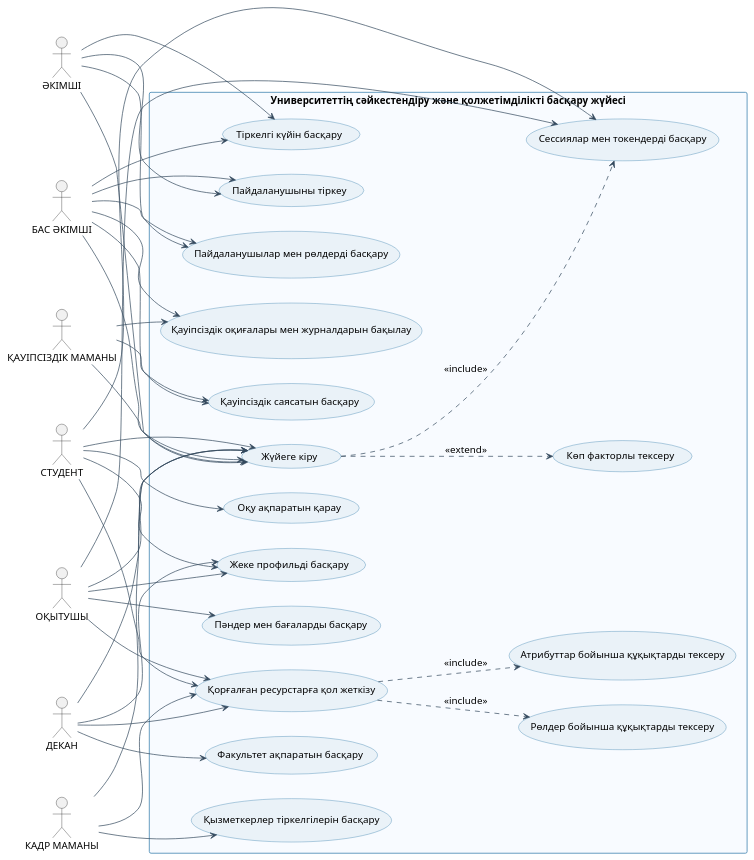
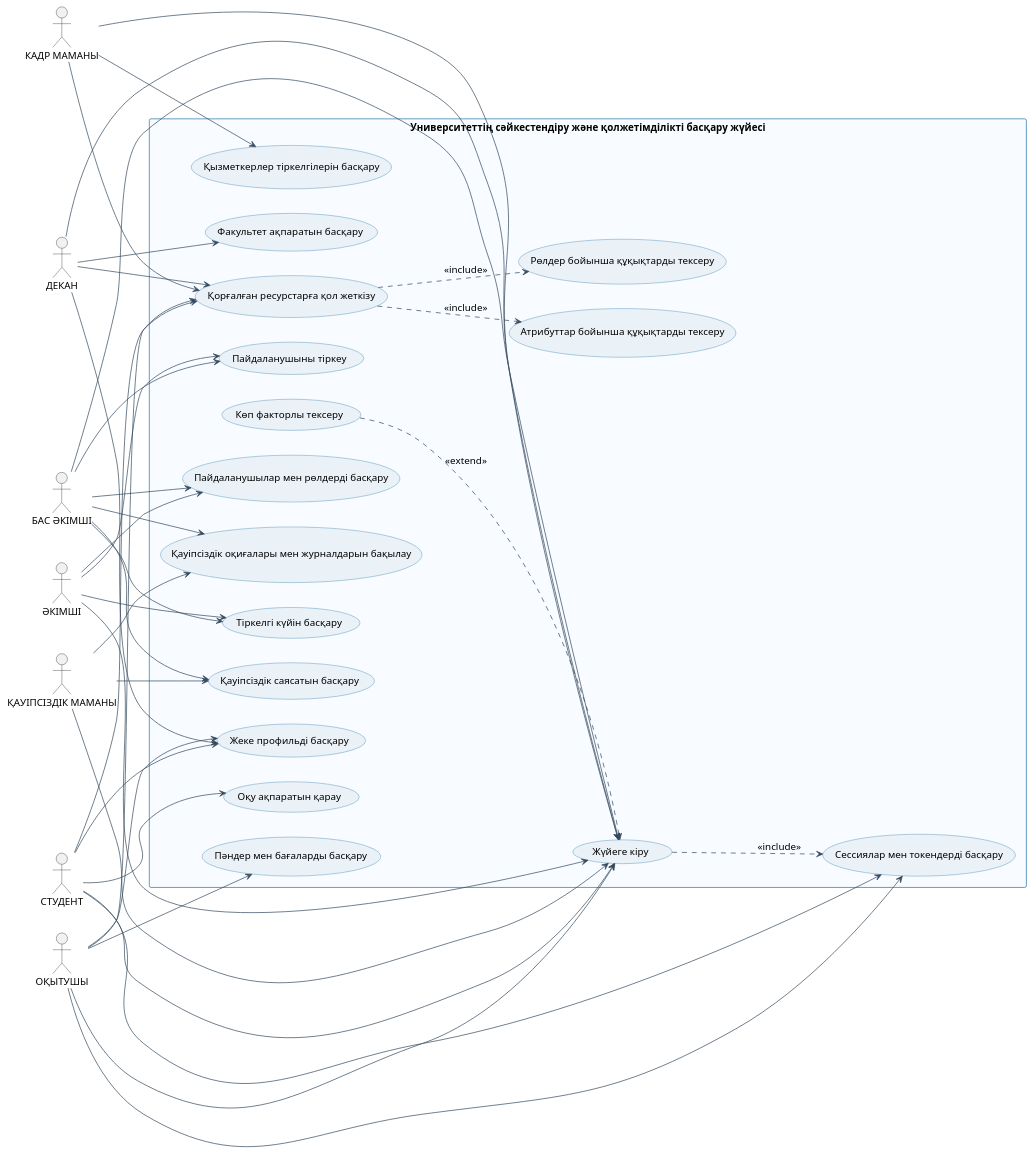
Before and after one commit to ajymaskar082/University-IAM-Platform: the diagram in docs/diagrams/use-case.puml, drawn with PlantUML.

Commit message:
Correct MFA extend relationship in use case diagram

```diff
--- a/docs/diagrams/use-case.puml
+++ b/docs/diagrams/use-case.puml
@@ -1,95 +1,95 @@
 @startuml
 left to right direction
 
 skinparam packageStyle rectangle
 skinparam shadowing false
 skinparam actorStyle stickman
 skinparam defaultFontName Arial
 skinparam defaultFontSize 14
 
 skinparam usecase {
     BackgroundColor #EAF2F8
     BorderColor #2874A6
     ArrowColor #34495E
 }
 
 skinparam rectangle {
     BorderColor #2874A6
     BackgroundColor #F8FBFF
 }
 
 actor "БАС ӘКІМШІ" as SA
 actor "ӘКІМШІ" as A
 actor "СТУДЕНТ" as ST
 actor "ОҚЫТУШЫ" as T
 actor "ДЕКАН" as D
 actor "КАДР МАМАНЫ" as HR
 actor "ҚАУІПСІЗДІК МАМАНЫ" as SO
 
 rectangle "Университеттің сәйкестендіру және қолжетімділікті басқару жүйесі" {
 
     usecase "Пайдаланушыны тіркеу" as UC1
     usecase "Жүйеге кіру" as UC2
     usecase "Көп факторлы тексеру" as UC3
     usecase "Сессиялар мен токендерді басқару" as UC4
 
     usecase "Пайдаланушылар мен рөлдерді басқару" as UC5
     usecase "Тіркелгі күйін басқару" as UC6
     usecase "Қауіпсіздік саясатын басқару" as UC7
 
     usecase "Қорғалған ресурстарға қол жеткізу" as UC8
     usecase "Рөлдер бойынша құқықтарды тексеру" as UC9
     usecase "Атрибуттар бойынша құқықтарды тексеру" as UC10
 
     usecase "Жеке профильді басқару" as UC11
     usecase "Оқу ақпаратын қарау" as UC12
     usecase "Пәндер мен бағаларды басқару" as UC13
     usecase "Факультет ақпаратын басқару" as UC14
     usecase "Қызметкерлер тіркелгілерін басқару" as UC15
 
     usecase "Қауіпсіздік оқиғалары мен журналдарын бақылау" as UC16
 }
 
 SA --> UC1
 SA --> UC2
 SA --> UC5
 SA --> UC6
 SA --> UC7
 SA --> UC16
 
 A --> UC1
 A --> UC2
 A --> UC5
 A --> UC6
 
 ST --> UC2
 ST --> UC4
 ST --> UC8
 ST --> UC11
 ST --> UC12
 
 T --> UC2
 T --> UC4
 T --> UC8
 T --> UC11
 T --> UC13
 
 D --> UC2
 D --> UC8
 D --> UC11
 D --> UC14
 
 HR --> UC2
 HR --> UC8
 HR --> UC15
 
 SO --> UC2
 SO --> UC7
 SO --> UC16
 
-UC2 ..> UC3 : <<extend>>
+UC3 ..> UC2 : <<extend>>
 UC2 ..> UC4 : <<include>>
 UC8 ..> UC9 : <<include>>
 UC8 ..> UC10 : <<include>>
 
 @enduml
```
